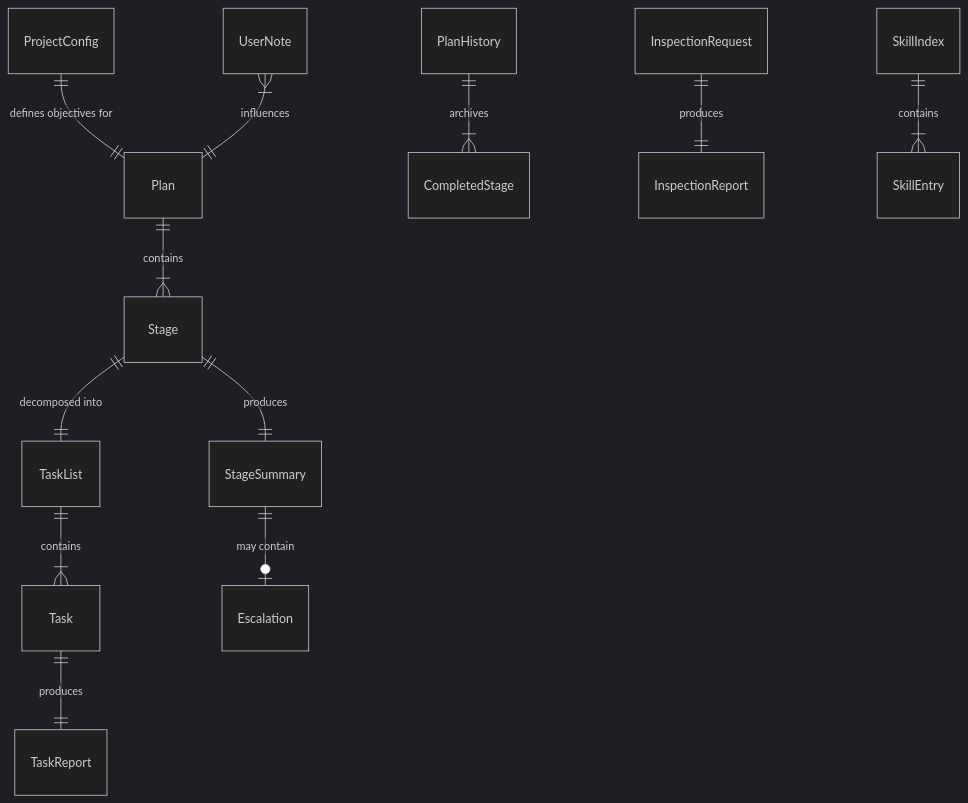
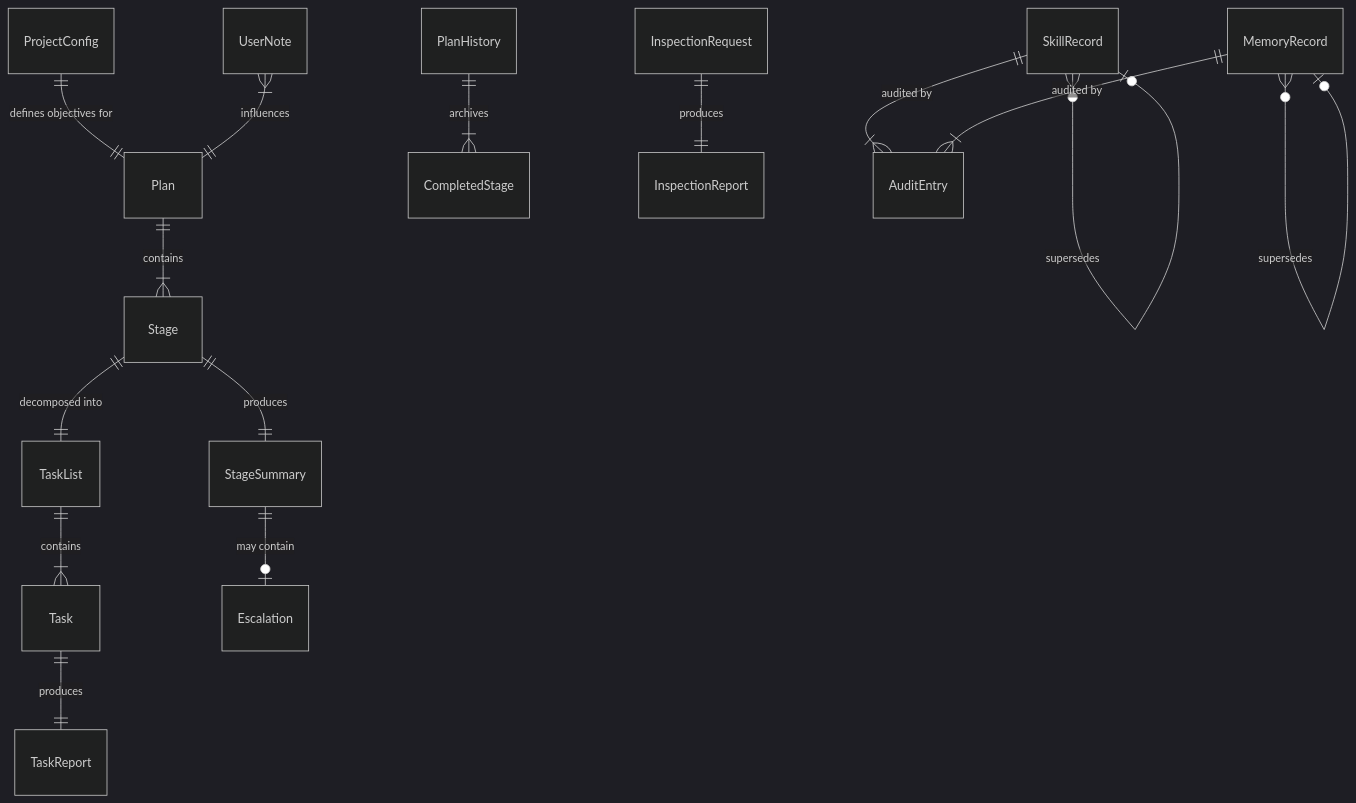
One commit to salva/saivage changed the fourth of 14 diagrams in SPEC/v2/06-SYSTEM-DESIGN.md. Above: the diagram before and after it, drawn with Mermaid (dark theme). The commit also changed other lines of this file and 8 other files, not shown here.

Commit message:
docs(v2): propagate skill+memory design into existing specs

````diff
--- a/SPEC/v2/06-SYSTEM-DESIGN.md
+++ b/SPEC/v2/06-SYSTEM-DESIGN.md
@@ -336,14 +347,17 @@
 ```mermaid
 erDiagram
     ProjectConfig ||--|| Plan : "defines objectives for"
     Plan ||--|{ Stage : "contains"
     PlanHistory ||--|{ CompletedStage : "archives"
     Stage ||--|| TaskList : "decomposed into"
     TaskList ||--|{ Task : "contains"
     Task ||--|| TaskReport : "produces"
     Stage ||--|| StageSummary : "produces"
     StageSummary ||--o| Escalation : "may contain"
     UserNote }|--|| Plan : "influences"
     InspectionRequest ||--|| InspectionReport : "produces"
-    SkillIndex ||--|{ SkillEntry : "contains"
+    SkillRecord }o--o| SkillRecord : "supersedes"
+    MemoryRecord }o--o| MemoryRecord : "supersedes"
+    SkillRecord ||--|{ AuditEntry : "audited by"
+    MemoryRecord ||--|{ AuditEntry : "audited by"
 ```
````
